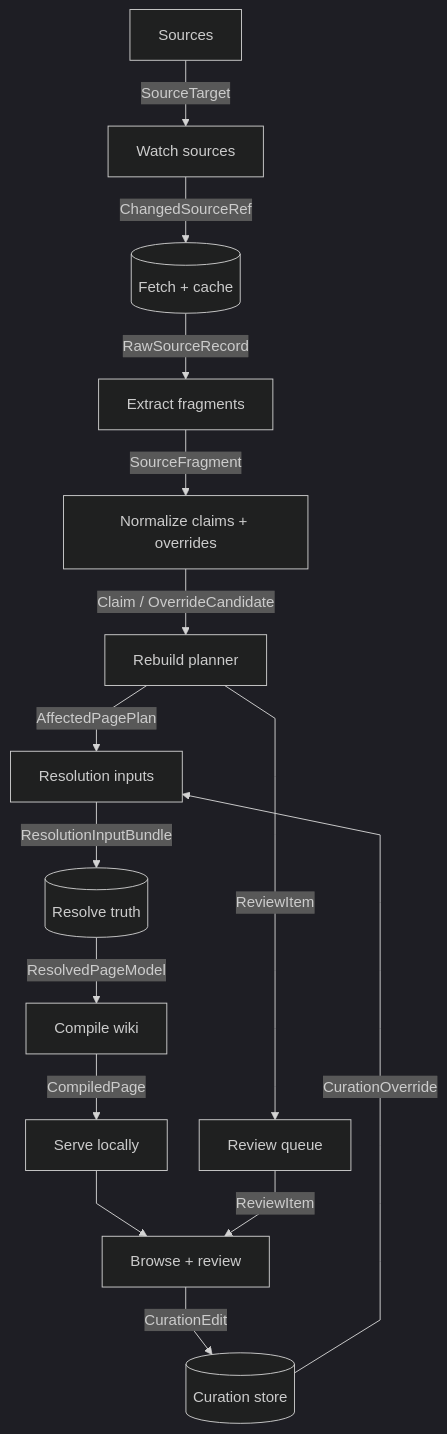
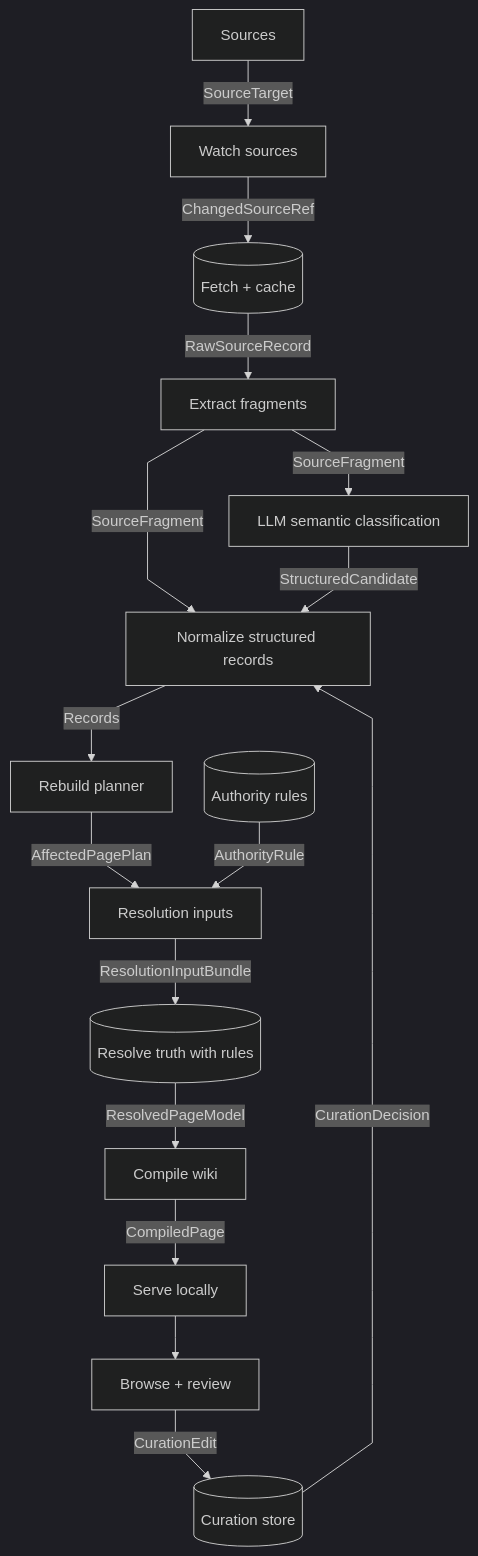
One commit to Drox346/TrueWiki changed the diagram in docs/architecture/pipeline-interfaces.md. Above: the diagram before and after it, drawn with Mermaid (dark theme). The commit also changed other lines of this file and 24 other files, not shown here.

````diff
--- a/docs/architecture/pipeline-interfaces.md
+++ b/docs/architecture/pipeline-interfaces.md
@@ -11,32 +5,34 @@
 ```mermaid
 %%{init: {"flowchart": {"curve": "linear", "nodeSpacing": 34, "rankSpacing": 46}}}%%
 flowchart TB
   sources[Sources]
   watch[Watch sources]
   cache[(Fetch + cache)]
   extract[Extract fragments]
-  normalize[Normalize claims + overrides]
+  classify[LLM semantic classification]
+  normalize[Normalize structured records]
   planner[Rebuild planner]
   inputs[Resolution inputs]
-  resolve[(Resolve truth)]
+  resolve[(Resolve truth with rules)]
+  rules[(Authority rules)]
   compile[Compile wiki]
   serve[Serve locally]
   browse[Browse + review]
   curation[(Curation store)]
-  review[Review queue]
 
   sources -- SourceTarget --> watch
   watch -- ChangedSourceRef --> cache
   cache -- RawSourceRecord --> extract
+  extract -- SourceFragment --> classify
   extract -- SourceFragment --> normalize
-  normalize -- Claim / OverrideCandidate --> planner
+  classify -- StructuredCandidate --> normalize
+  curation -- CurationDecision --> normalize
+  normalize -- Records --> planner
   planner -- AffectedPagePlan --> inputs
-  curation -- CurationOverride --> inputs
+  rules -- AuthorityRule --> inputs
   inputs -- ResolutionInputBundle --> resolve
   resolve -- ResolvedPageModel --> compile
   compile -- CompiledPage --> serve
   serve --> browse
   browse -- CurationEdit --> curation
-  planner -- ReviewItem --> review
-  review -- ReviewItem --> browse
 ```
````
